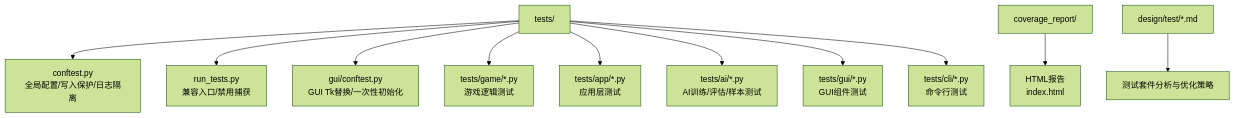
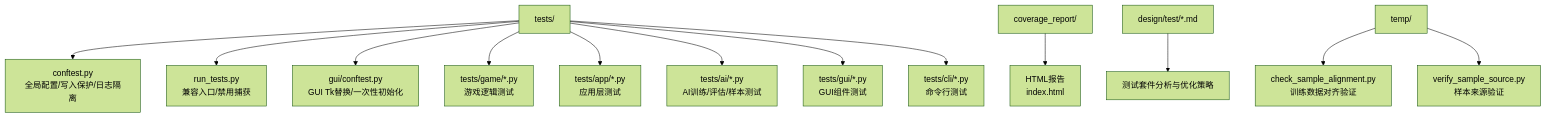
One commit to nanhao/gomoku changed the first of 10 diagrams in .qoder/repowiki/zh/content/测试文档/测试自动化.md. Above: the diagram before and after it, drawn with Mermaid (forest theme). The commit also changed other lines of this file and 11 other files, not shown here.

````diff
--- a/.qoder/repowiki/zh/content/测试文档/测试自动化.md
+++ b/.qoder/repowiki/zh/content/测试文档/测试自动化.md
@@ -45,13 +54,15 @@
 ```mermaid
 graph TB
 A["tests/"] --> B["conftest.py<br/>全局配置/写入保护/日志隔离"]
 A --> C["run_tests.py<br/>兼容入口/禁用捕获"]
 A --> D["gui/conftest.py<br/>GUI Tk替换/一次性初始化"]
 A --> E["tests/game/*.py<br/>游戏逻辑测试"]
 A --> F["tests/app/*.py<br/>应用层测试"]
 A --> G["tests/ai/*.py<br/>AI训练/评估/样本测试"]
 A --> H["tests/gui/*.py<br/>GUI组件测试"]
 A --> I["tests/cli/*.py<br/>命令行测试"]
 J["coverage_report/"] --> K["HTML报告<br/>index.html"]
 L["design/test/*.md"] --> M["测试套件分析与优化策略"]
+N["temp/"] --> O["check_sample_alignment.py<br/>训练数据对齐验证"]
+N --> P["verify_sample_source.py<br/>样本来源验证"]
 ```
````
